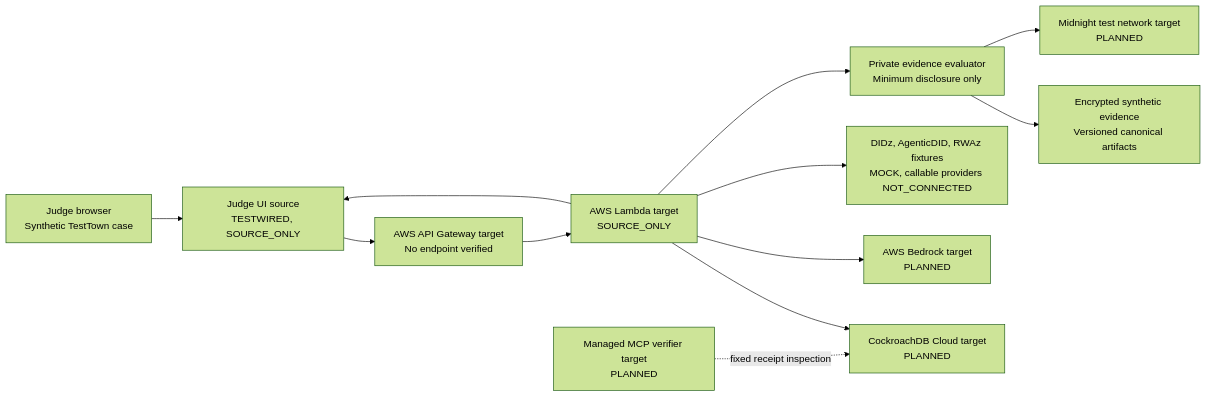
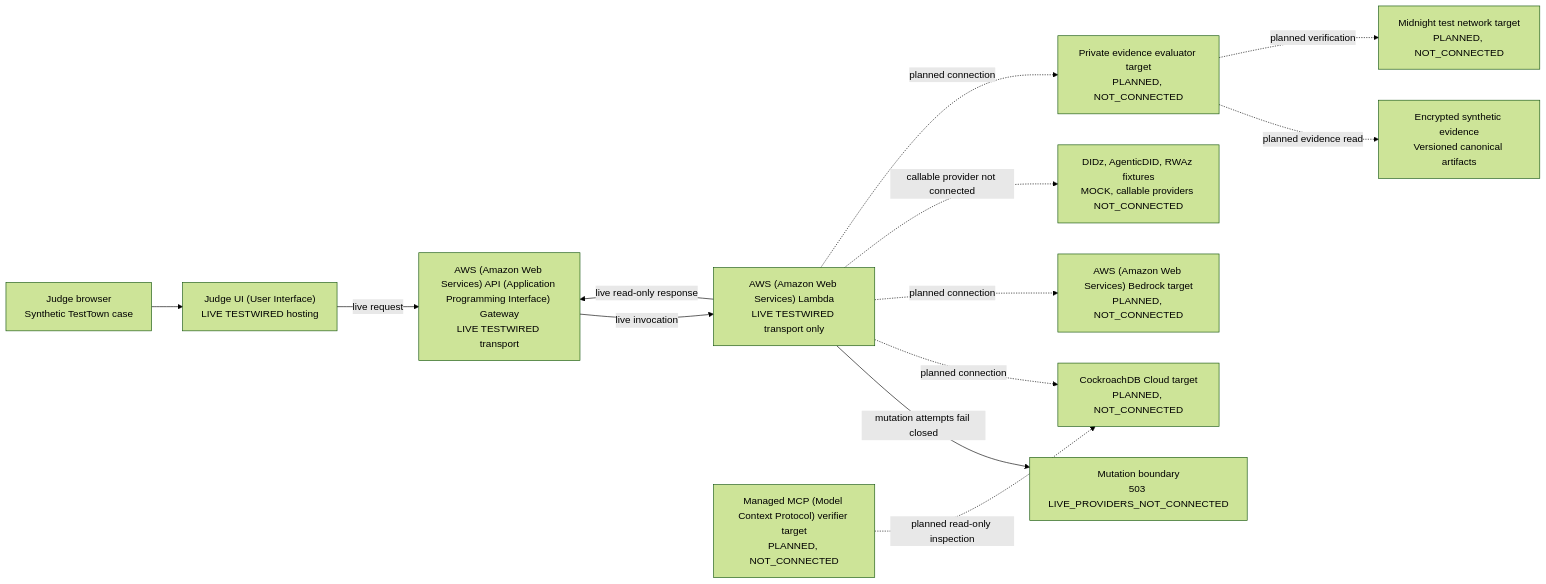
One commit to bytewizard42i/MidnightHelixCTW changed the diagram in docs/ARCHITECTURE_DIAGRAM.md. Above: the diagram before and after it, drawn with Mermaid (forest theme). The commit also changed other lines of this file and 14 other files, not shown here.

Commit message:
feat: add fail-closed CockroachDB foundation

````diff
--- a/docs/ARCHITECTURE_DIAGRAM.md
+++ b/docs/ARCHITECTURE_DIAGRAM.md
@@ -9,26 +10,28 @@
 ```mermaid
 flowchart LR
     Judge["Judge browser\nSynthetic TestTown case"]
-    Web["Judge UI source\nTESTWIRED, SOURCE_ONLY"]
-    Gateway["AWS API Gateway target\nNo endpoint verified"]
-    Lambda["AWS Lambda target\nSOURCE_ONLY"]
-    Bedrock["AWS Bedrock target\nPLANNED"]
-    Cockroach["CockroachDB Cloud target\nPLANNED"]
-    MCP["Managed MCP verifier target\nPLANNED"]
-    Evaluator["Private evidence evaluator\nMinimum disclosure only"]
-    Midnight["Midnight test network target\nPLANNED"]
+    Web["Judge UI (User Interface)\nLIVE TESTWIRED hosting"]
+    Gateway["AWS (Amazon Web Services) API (Application Programming Interface) Gateway\nLIVE TESTWIRED transport"]
+    Lambda["AWS (Amazon Web Services) Lambda\nLIVE TESTWIRED transport only"]
+    Guard["Mutation boundary\n503 LIVE_PROVIDERS_NOT_CONNECTED"]
+    Bedrock["AWS (Amazon Web Services) Bedrock target\nPLANNED, NOT_CONNECTED"]
+    Cockroach["CockroachDB Cloud target\nPLANNED, NOT_CONNECTED"]
+    MCP["Managed MCP (Model Context Protocol) verifier target\nPLANNED, NOT_CONNECTED"]
+    Evaluator["Private evidence evaluator target\nPLANNED, NOT_CONNECTED"]
+    Midnight["Midnight test network target\nPLANNED, NOT_CONNECTED"]
     Evidence["Encrypted synthetic evidence\nVersioned canonical artifacts"]
     Mocks["DIDz, AgenticDID, RWAz fixtures\nMOCK, callable providers NOT_CONNECTED"]
 
     Judge --> Web
-    Web --> Gateway
-    Gateway --> Lambda
-    Lambda --> Cockroach
-    Lambda --> Bedrock
-    Lambda --> Mocks
-    Lambda --> Evaluator
-    Evaluator --> Evidence
-    Evaluator --> Midnight
-    MCP -. "fixed receipt inspection" .-> Cockroach
-    Lambda --> Web
+    Web -->|"live request"| Gateway
+    Gateway -->|"live invocation"| Lambda
+    Lambda -->|"live read-only response"| Gateway
+    Lambda -->|"mutation attempts fail closed"| Guard
+    Lambda -. "planned connection" .-> Cockroach
+    Lambda -. "planned connection" .-> Bedrock
+    Lambda -. "callable provider not connected" .-> Mocks
+    Lambda -. "planned connection" .-> Evaluator
+    Evaluator -. "planned evidence read" .-> Evidence
+    Evaluator -. "planned verification" .-> Midnight
+    MCP -. "planned read-only inspection" .-> Cockroach
 ```
````
